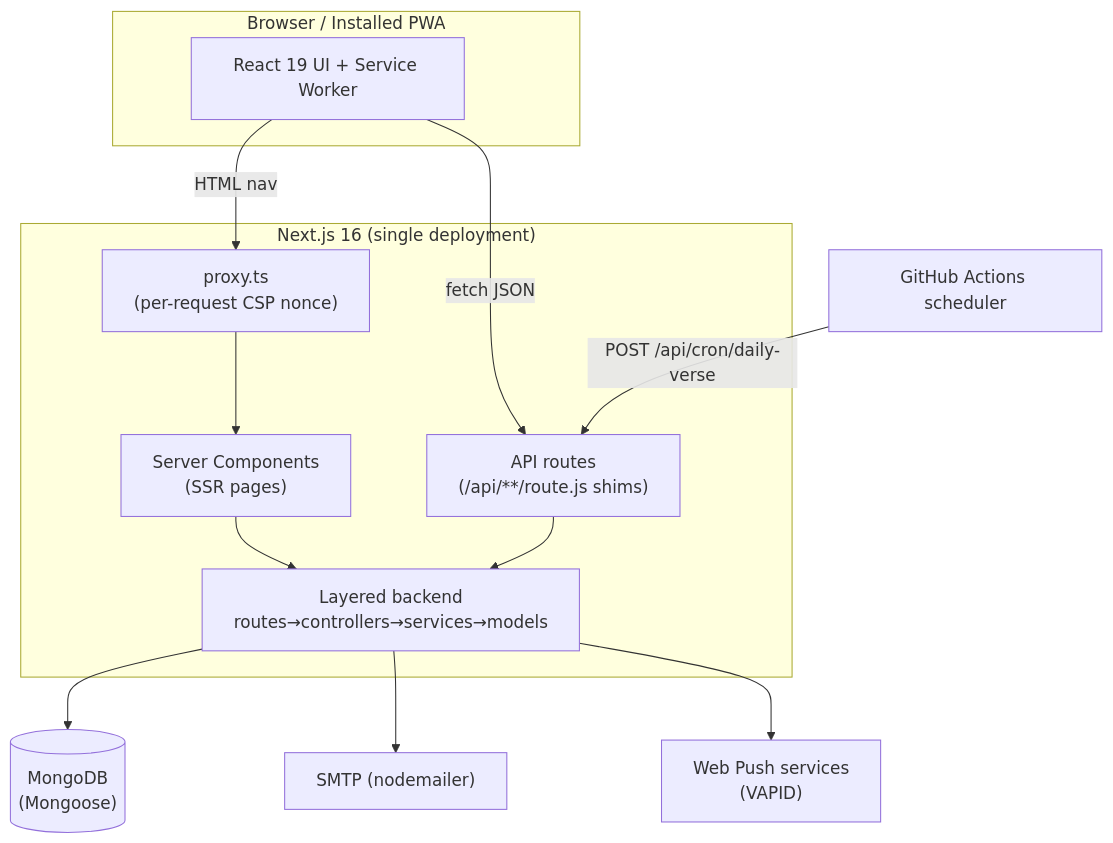
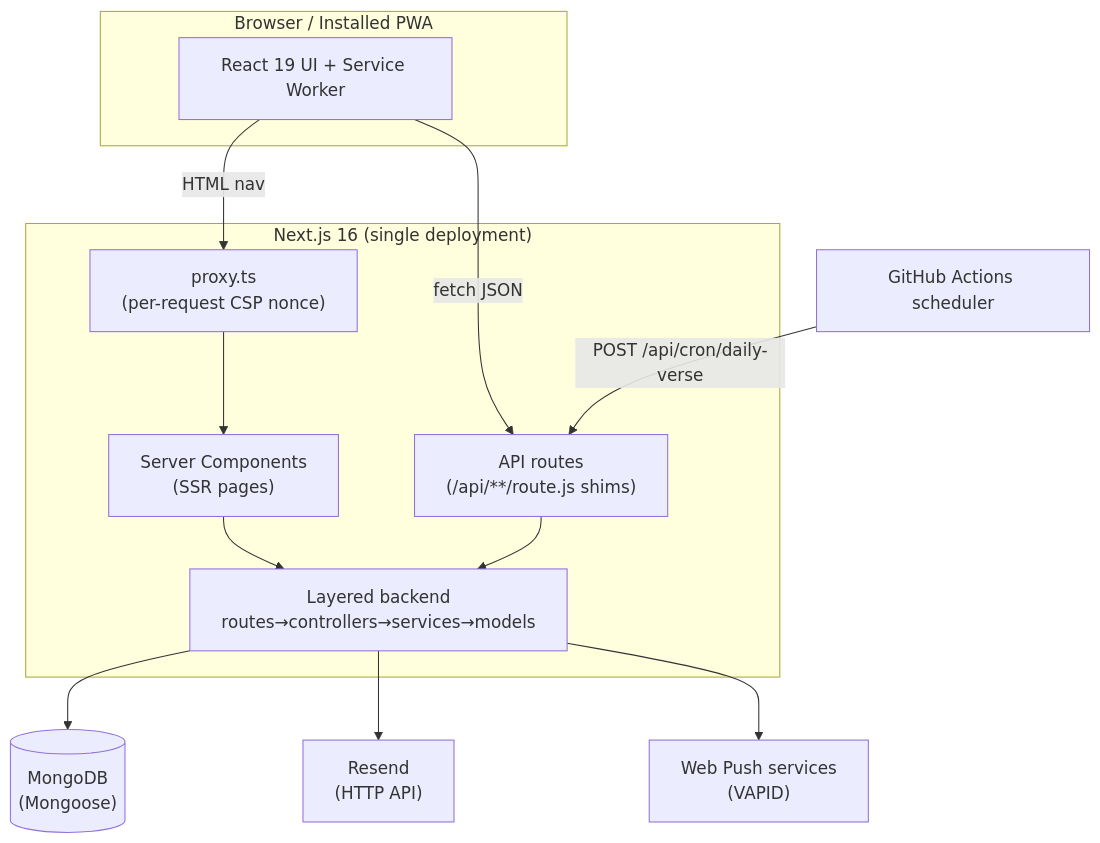
Before and after one commit to dooddles07/CYA-DV: the first of 6 diagrams in docs/ARCHITECTURE.md, drawn with Mermaid. The commit also changed other lines of this file and 8 other files, not shown here.

Commit message:
fix(email): switch from SMTP to Resend's HTTP API, Vercel serverless can't complete SMTP handshakes

````diff
--- a/docs/ARCHITECTURE.md
+++ b/docs/ARCHITECTURE.md
@@ -59,23 +59,23 @@
 ```mermaid
 graph TB
   subgraph Client["Browser / Installed PWA"]
     UI["React 19 UI + Service Worker"]
   end
   subgraph Next["Next.js 16 (single deployment)"]
     RSC["Server Components<br/>(SSR pages)"]
     Proxy["proxy.ts<br/>(per-request CSP nonce)"]
     API["API routes<br/>(/api/**/route.js shims)"]
     Backend["Layered backend<br/>routes→controllers→services→models"]
   end
   DB[("MongoDB<br/>(Mongoose)")]
-  SMTP["SMTP (nodemailer)"]
+  SMTP["Resend<br/>(HTTP API)"]
   PushSvc["Web Push services<br/>(VAPID)"]
   Cron["GitHub Actions scheduler"]
 
   UI -->|HTML nav| Proxy --> RSC --> Backend
   UI -->|fetch JSON| API --> Backend
   Backend --> DB
   Backend --> SMTP
   Backend --> PushSvc
   Cron -->|POST /api/cron/daily-verse| API
 ```
````
